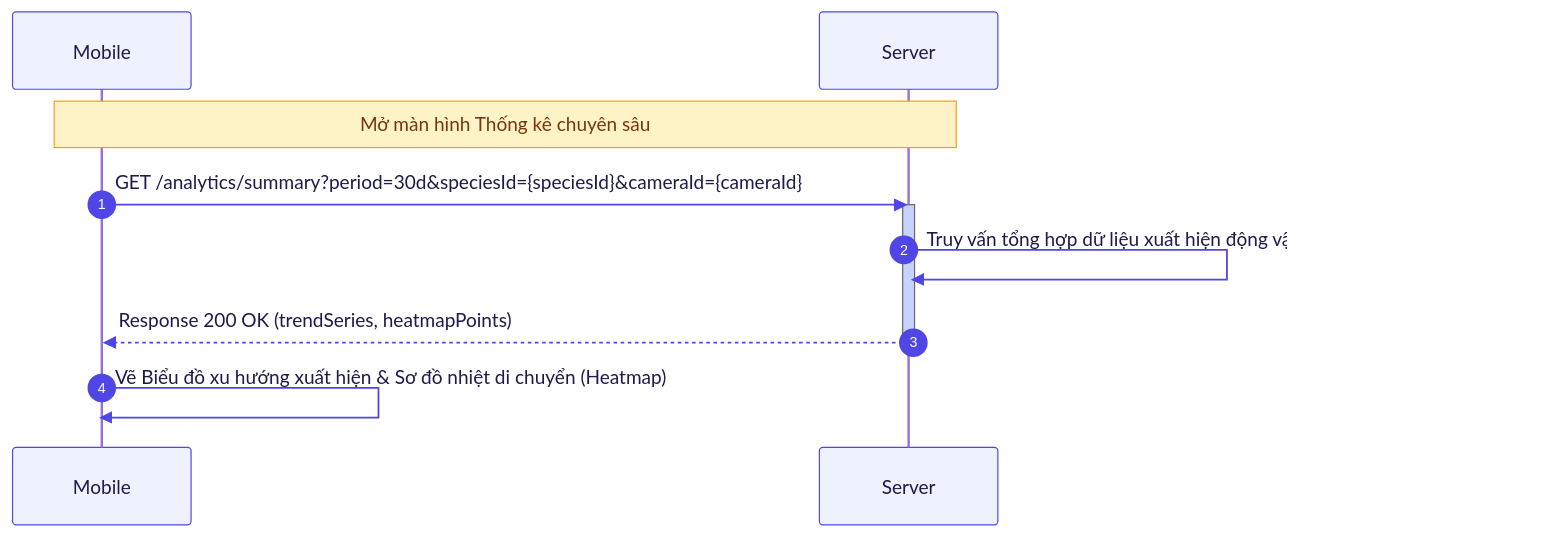
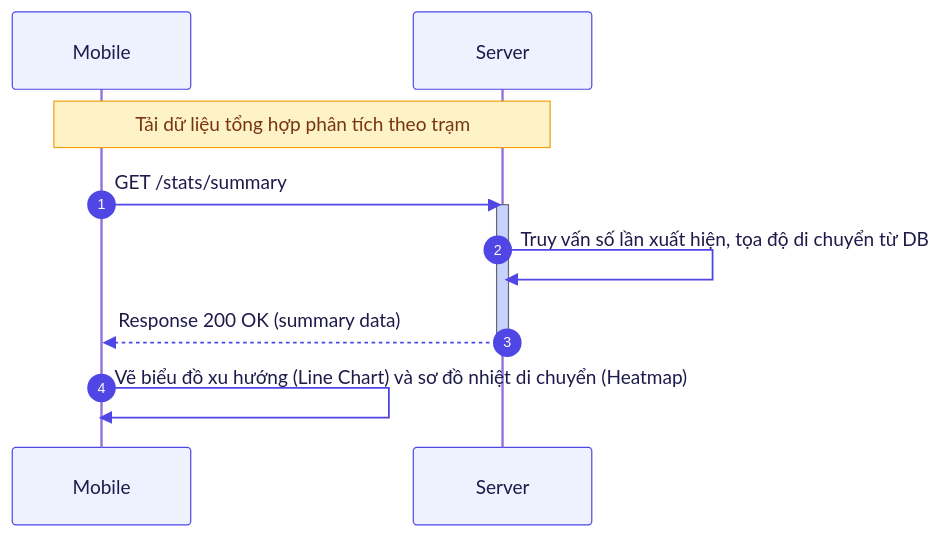
Before and after one commit to trungnguyenthien/Wildlife-Warning-and-Deterrence-System: the fifth of 12 diagrams in docs/on-tap-he-thong.md, drawn with Mermaid. The commit also changed other lines of this file, not shown here.

````diff
--- a/docs/on-tap-he-thong.md
+++ b/docs/on-tap-he-thong.md
@@ -291,44 +298,44 @@
 ```mermaid
 %%{init: {
   'theme': 'default',
   'sequence': {
     'rightAngles': true,
     'messageAlign': 'left',
     'messageMargin': 40,
     'actorMargin': 80
   },
   'themeVariables': {
     'primaryColor': '#EEF2FF',
     'primaryTextColor': '#1E1B4B',
     'primaryBorderColor': '#6366F1',
     'lineColor': '#4F46E5',
     'secondaryColor': '#F0FDFA',
     'actorBkg': '#EEF2FF',
     'actorBorder': '#4F46E5',
     'actorTextColor': '#1E1B4B',
     'signalColor': '#4F46E5',
     'signalTextColor': '#1E1B4B',
     'labelBoxBkgColor': '#F8FAFC',
     'labelBoxBorderColor': '#818CF8',
     'labelTextColor': '#0F172A',
     'loopTextColor': '#4F46E5',
     'noteBkgColor': '#FEF3C7',
     'noteTextColor': '#78350F',
     'noteBorderColor': '#F59E0B',
     'activationBkgColor': '#C7D2FE',
     'sequenceNumberColor': '#FFFFFF'
   }
 }}%%
 sequenceDiagram
     autonumber
     participant Mobile as Mobile
     participant Server as Server
 
-    Note over Mobile, Server: Mở màn hình Thống kê chuyên sâu
-    Mobile->>Server: GET /analytics/summary?period=30d&speciesId={speciesId}&cameraId={cameraId}
+    Note over Mobile, Server: Tải dữ liệu tổng hợp phân tích theo trạm
+    Mobile->>Server: GET /stats/summary
     activate Server
-    Server->>Server: Truy vấn tổng hợp dữ liệu xuất hiện động vật theo thời gian & tọa độ từ DB
-    Server-->>Mobile: Response 200 OK (trendSeries, heatmapPoints)
+    Server->>Server: Truy vấn số lần xuất hiện, tọa độ di chuyển từ DB
+    Server-->>Mobile: Response 200 OK (summary data)
     deactivate Server
-    Mobile->>Mobile: Vẽ Biểu đồ xu hướng xuất hiện & Sơ đồ nhiệt di chuyển (Heatmap)
+    Mobile->>Mobile: Vẽ biểu đồ xu hướng (Line Chart) và sơ đồ nhiệt di chuyển (Heatmap)
 ```
````
